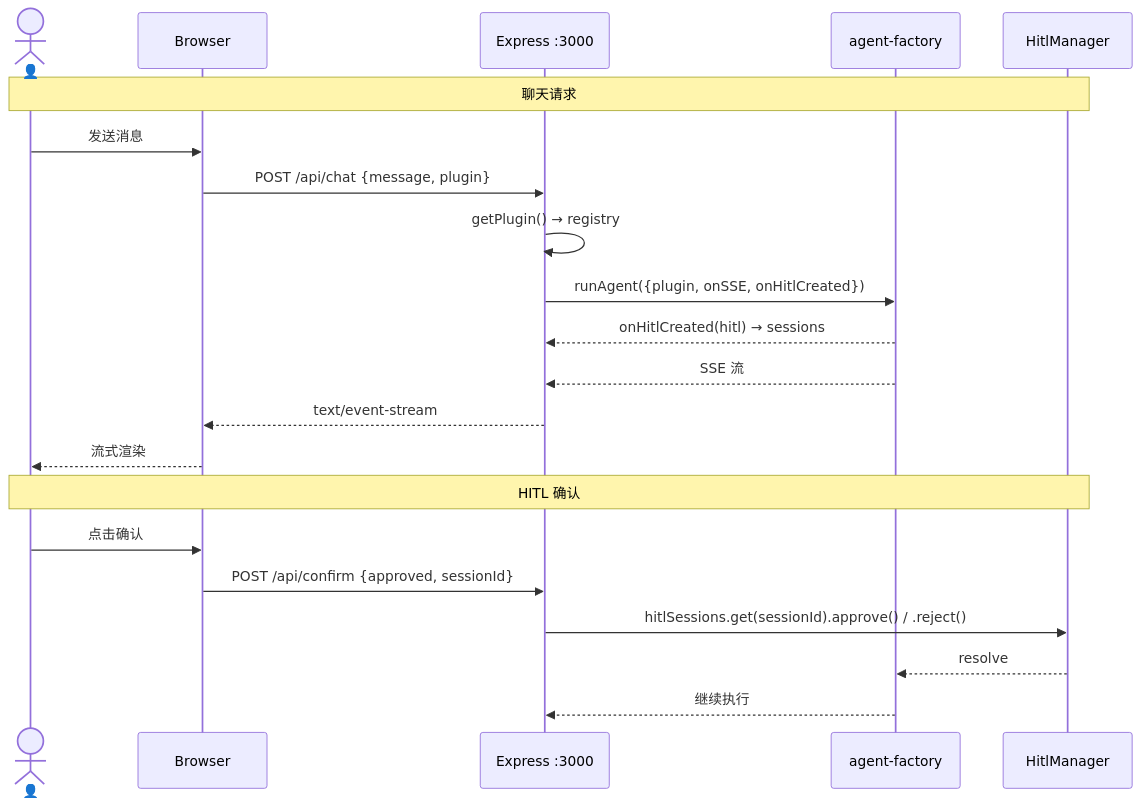
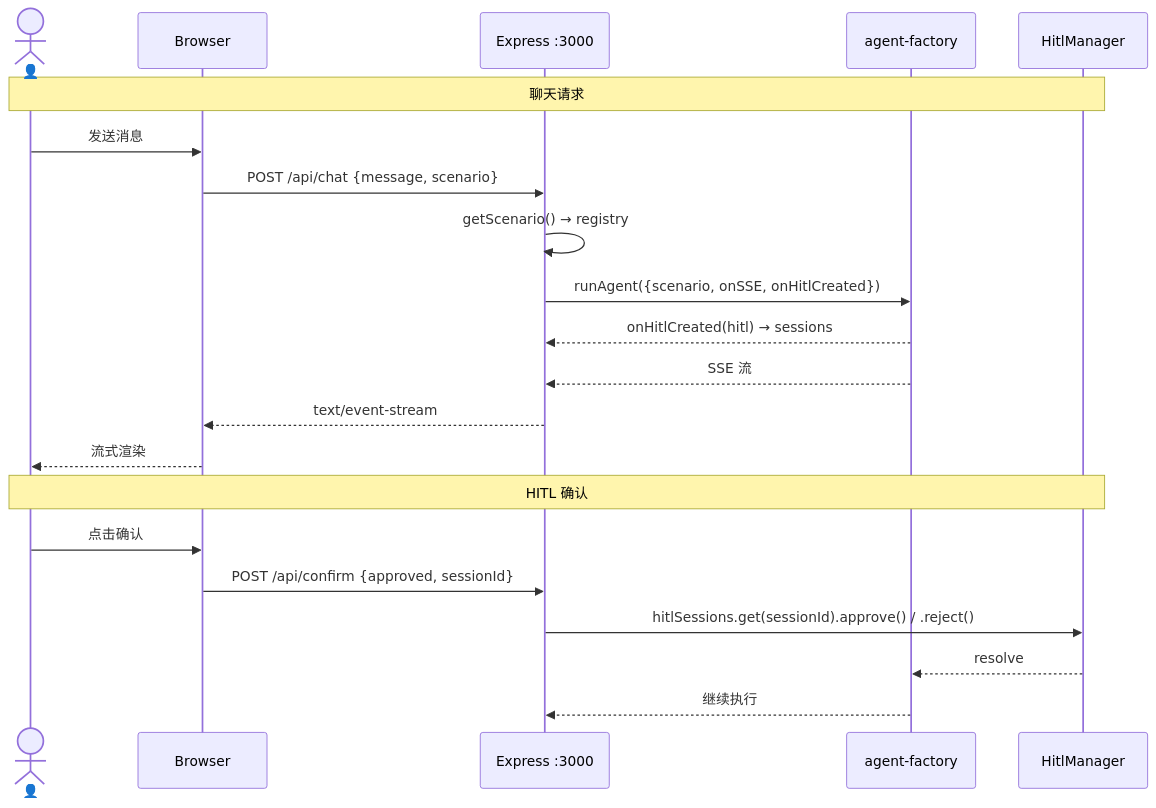
The third of 3 diagrams in src/server/CLAUDE.md (yjzaaa/leave-approval-agent), drawn with Mermaid before and after one commit. The commit also changed other lines of this file and 80 other files, not shown here.

First line of the commit message:
refactor: Plugin → Scenario 全局重命名，消除业务术语歧义

````diff
--- a/src/server/CLAUDE.md
+++ b/src/server/CLAUDE.md
@@ -77,25 +77,25 @@
 ```mermaid
 sequenceDiagram
     actor User as 👤
     participant Browser as Browser
     participant Express as Express :3000
     participant Factory as agent-factory
     participant Hitl as HitlManager
 
     Note over User,Hitl: 聊天请求
     User->>Browser: 发送消息
-    Browser->>Express: POST /api/chat {message, plugin}
-    Express->>Express: getPlugin() → registry
-    Express->>Factory: runAgent({plugin, onSSE, onHitlCreated})
+    Browser->>Express: POST /api/chat {message, scenario}
+    Express->>Express: getScenario() → registry
+    Express->>Factory: runAgent({scenario, onSSE, onHitlCreated})
     Factory-->>Express: onHitlCreated(hitl) → sessions
     Factory-->>Express: SSE 流
     Express-->>Browser: text/event-stream
     Browser-->>User: 流式渲染
 
     Note over User,Hitl: HITL 确认
     User->>Browser: 点击确认
     Browser->>Express: POST /api/confirm {approved, sessionId}
     Express->>Hitl: hitlSessions.get(sessionId).approve() / .reject()
     Hitl-->>Factory: resolve
     Factory-->>Express: 继续执行
 ```
````
